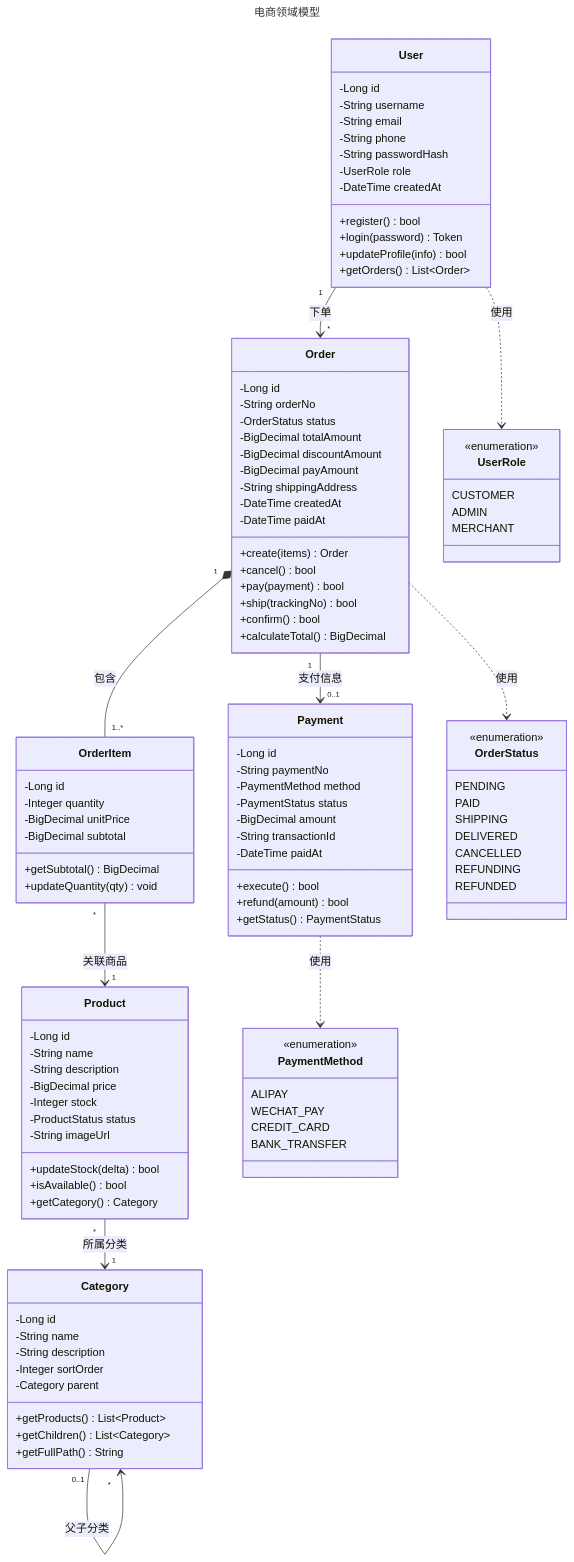
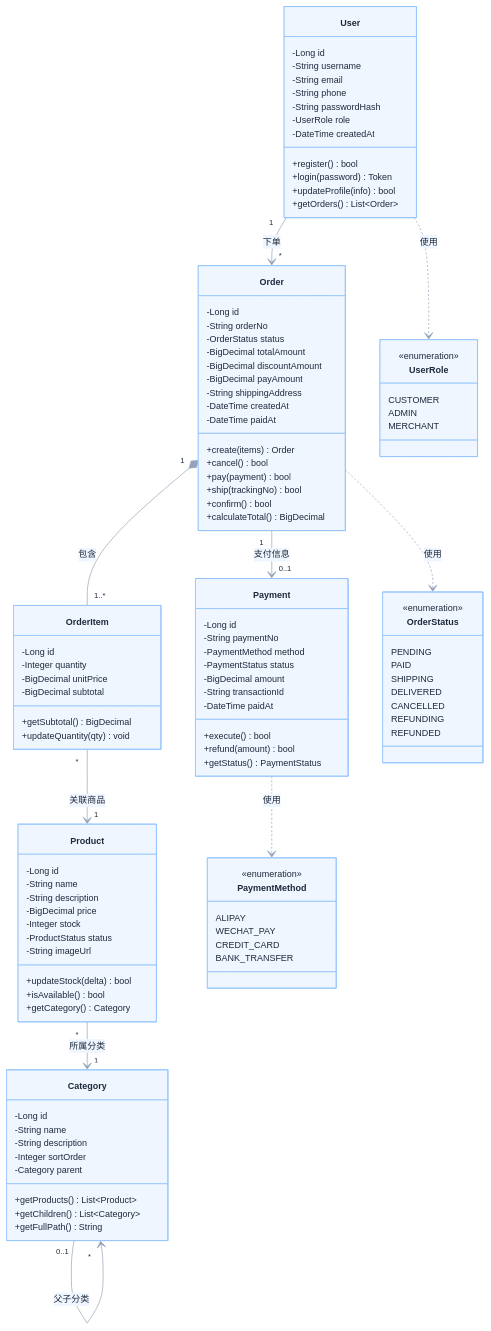
One commit to 312362115/claude changed the diagram in diagram-examples/mermaid/mermaid-class.mmd. Above: the diagram before and after it, drawn with Mermaid. The commit also changed 50 other files, not shown here.

First line of the commit message:
feat: 画图 skill + deep-research skill + 设计规范 + 示例重构

```diff
--- a/diagram-examples/mermaid/mermaid-class.mmd
+++ b/diagram-examples/mermaid/mermaid-class.mmd
@@ -1,119 +1,123 @@
----
-title: 电商领域模型
----
+%%{init: {'theme':'base','themeVariables':{
+  'primaryColor':'#EFF6FF','primaryBorderColor':'#93C5FD','primaryTextColor':'#1E293B',
+  'lineColor':'#94A3B8','textColor':'#1E293B','fontSize':'13px',
+  'fontFamily':'PingFang SC, Inter, sans-serif',
+  'classText':'#1E293B'
+}}}%%
+
 classDiagram
     direction TB
 
     class User {
         -Long id
         -String username
         -String email
         -String phone
         -String passwordHash
         -UserRole role
         -DateTime createdAt
         +register() bool
         +login(password) Token
         +updateProfile(info) bool
         +getOrders() List~Order~
     }
 
     class Order {
         -Long id
         -String orderNo
         -OrderStatus status
         -BigDecimal totalAmount
         -BigDecimal discountAmount
         -BigDecimal payAmount
         -String shippingAddress
         -DateTime createdAt
         -DateTime paidAt
         +create(items) Order
         +cancel() bool
         +pay(payment) bool
         +ship(trackingNo) bool
         +confirm() bool
         +calculateTotal() BigDecimal
     }
 
     class OrderItem {
         -Long id
         -Integer quantity
         -BigDecimal unitPrice
         -BigDecimal subtotal
         +getSubtotal() BigDecimal
         +updateQuantity(qty) void
     }
 
     class Product {
         -Long id
         -String name
         -String description
         -BigDecimal price
         -Integer stock
         -ProductStatus status
         -String imageUrl
         +updateStock(delta) bool
         +isAvailable() bool
         +getCategory() Category
     }
 
     class Category {
         -Long id
         -String name
         -String description
         -Integer sortOrder
         -Category parent
         +getProducts() List~Product~
         +getChildren() List~Category~
         +getFullPath() String
     }
 
     class Payment {
         -Long id
         -String paymentNo
         -PaymentMethod method
         -PaymentStatus status
         -BigDecimal amount
         -String transactionId
         -DateTime paidAt
         +execute() bool
         +refund(amount) bool
         +getStatus() PaymentStatus
     }
 
     class UserRole {
         <<enumeration>>
         CUSTOMER
         ADMIN
         MERCHANT
     }
 
     class OrderStatus {
         <<enumeration>>
         PENDING
         PAID
         SHIPPING
         DELIVERED
         CANCELLED
         REFUNDING
         REFUNDED
     }
 
     class PaymentMethod {
         <<enumeration>>
         ALIPAY
         WECHAT_PAY
         CREDIT_CARD
         BANK_TRANSFER
     }
 
     User "1" --> "*" Order : 下单
     Order "1" *-- "1..*" OrderItem : 包含
     OrderItem "*" --> "1" Product : 关联商品
     Product "*" --> "1" Category : 所属分类
     Category "0..1" --> "*" Category : 父子分类
     Order "1" --> "0..1" Payment : 支付信息
     User ..> UserRole : 使用
     Order ..> OrderStatus : 使用
     Payment ..> PaymentMethod : 使用
```
